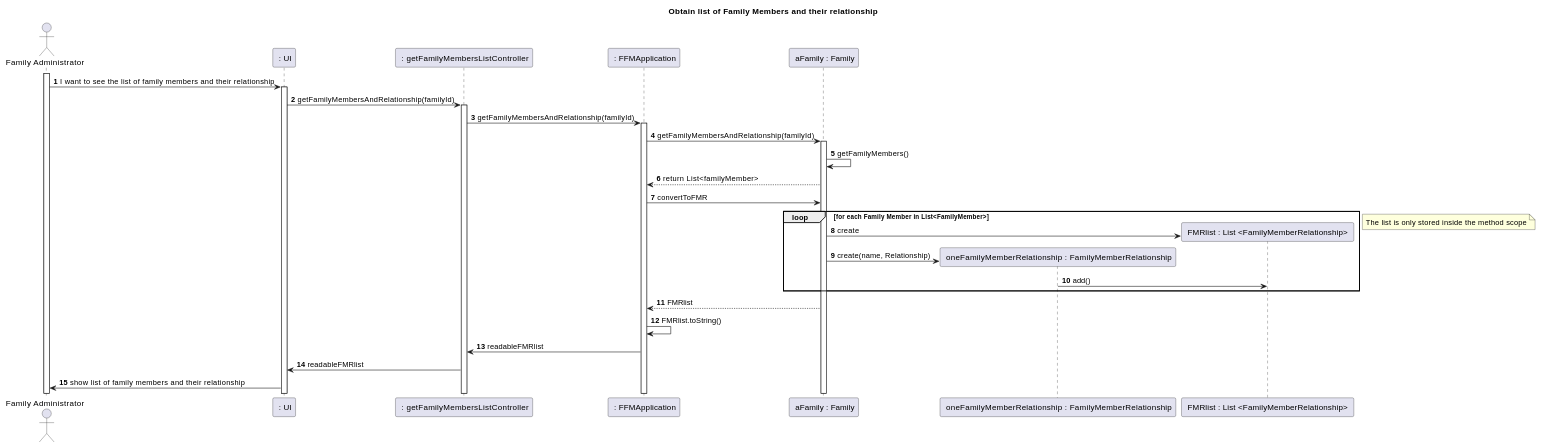
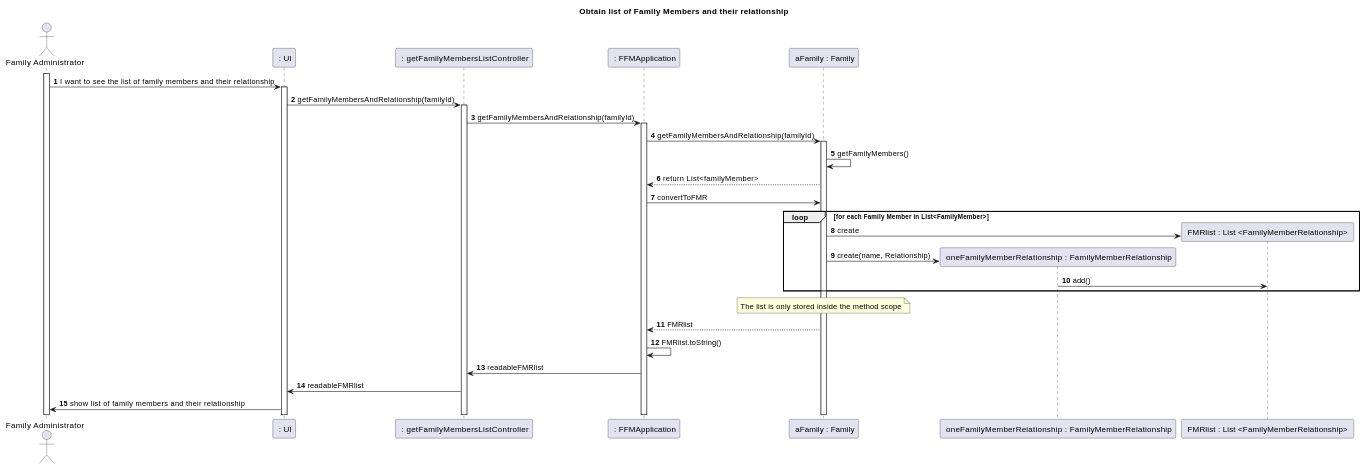
Before and after one commit to tomas-osswald/switch_2020_g3: the diagram in docs/US104 GetFamilyMembersAndRelationship.md, drawn with PlantUML. The commit also changed other lines of this file, not shown here.

`````diff
--- a/docs/US104 GetFamilyMembersAndRelationship.md
+++ b/docs/US104 GetFamilyMembersAndRelationship.md
@@ -76,54 +31,52 @@
 ````puml
 @startuml
 
 ' startuml é syntax para iniciar esquema em PlantUML
 
 ' autonumber é auto-explicativo
 ' actor é syntax de ator. participant é syntax de uma Lifeline
 ' "as" define alias que queremos dar ao participant ou actor
 
 autonumber
 title "Obtain list of Family Members and their relationship"
 actor "Family Administrator" as actor
 participant " : UI" as UI
 participant " : getFamilyMembersListController" as controller
 participant " : FFMApplication" as application
 participant " aFamily : Family" as family
 participant " oneFamilyMemberRelationship : FamilyMemberRelationship" as DTO
 participant " FMRlist : List <FamilyMemberRelationship> " as DTOlist
 
 /' Comentário: activate é a syntax para ativar lifeline "preenchida" (Não tracejada). 
     Activate só deve ser inserido no momento em que se quer ativar a lifeline preenchida
 '/
 
 activate actor
 
 
 
 actor -> UI : I want to see the list of family members and their relationship
 activate UI
 UI -> controller : getFamilyMembersAndRelationship(familyId)
 activate controller
 controller -> application : getFamilyMembersAndRelationship(familyId)
 activate application
 application -> family :  getFamilyMembersAndRelationship(familyId)
 activate family
 family -> family : getFamilyMembers()
 family --> application : return List<familyMember>
 application -> family : convertToFMR
 loop for each Family Member in List<FamilyMember>
     family -> DTOlist ** : create
      family -> DTO ** : create(name, Relationship)
     DTO -> DTOlist : add()
      end
-note right
-The list is only stored inside the method scope
-end note
+note over family : The list is only stored inside the method scope
 family --> application : FMRlist
 application -> application : FMRlist.toString()
 application -> controller : readableFMRlist
 controller -> UI : readableFMRlist
 UI -> actor : show list of family members and their relationship
 
 @enduml
 ````
`````
